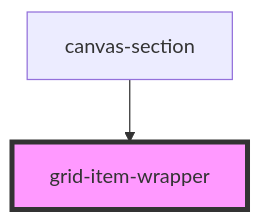
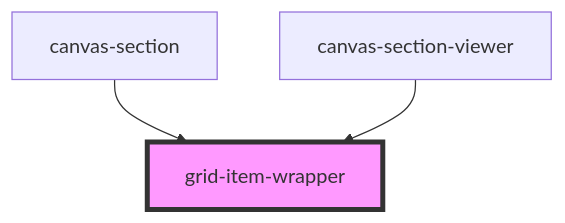
Before and after one commit to lucidworks/grid-builder-poc: the diagram in stencil-grid-builder/src/components/grid-item-wrapper/readme.md, drawn with Mermaid. The commit also changed other lines of this file and 3 other files, not shown here.

First line of the commit message:
feat: Add viewer mode support to grid-item-wrapper

````diff
--- a/stencil-grid-builder/src/components/grid-item-wrapper/readme.md
+++ b/stencil-grid-builder/src/components/grid-item-wrapper/readme.md
@@ -37,5 +41,6 @@
 ```mermaid
 graph TD;
   canvas-section --> grid-item-wrapper
+  canvas-section-viewer --> grid-item-wrapper
   style grid-item-wrapper fill:#f9f,stroke:#333,stroke-width:4px
 ```
````
